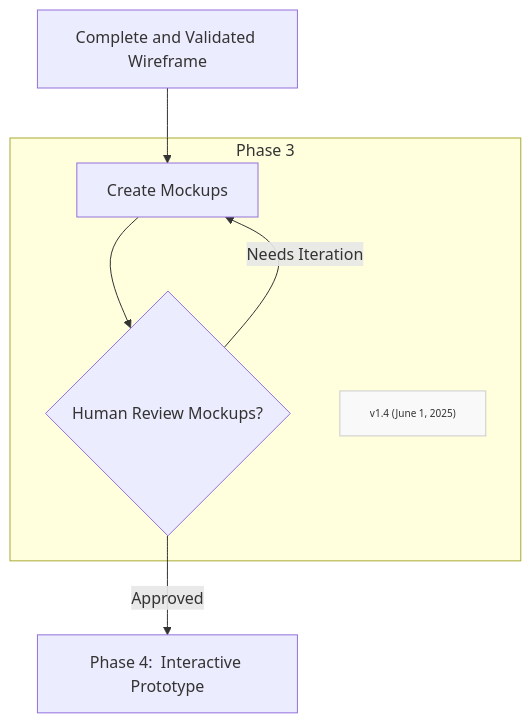
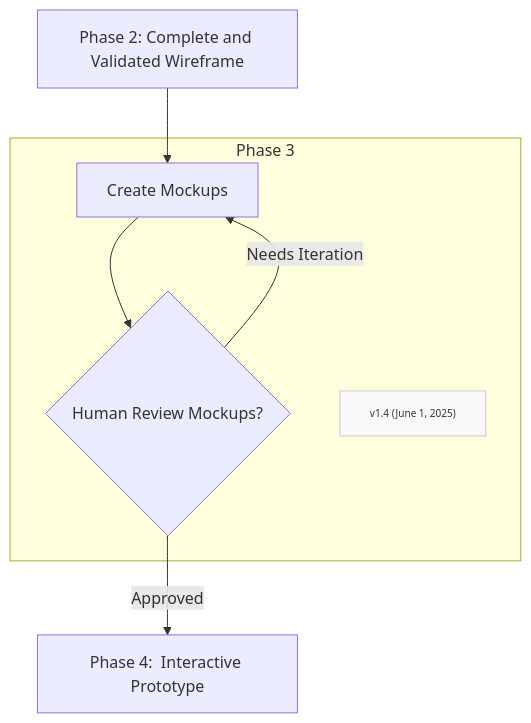
Before and after one commit to Mharbulous/Front-First-Method: the diagram in Method/FF-phase3.md, drawn with Mermaid. The commit also changed 2 other files, not shown here.

Commit message:
Refined diagrams

````diff
--- a/Method/FF-phase3.md
+++ b/Method/FF-phase3.md
@@ -2,19 +2,19 @@
 ```mermaid
 graph TD
     
-B1["Complete and Validated Wireframe"] --> B2["Create Mockups"]
+B1["Phase 2: Complete and Validated Wireframe"] --> B2["Create Mockups"]
 
         subgraph Phase3["Phase 3"]
         B2 --> B2_Val{"Human Review Mockups?"}
         B2_Val -->|Needs Iteration| B2
         Version["v1.4 (June 1, 2025)"]
         classDef version fill:#f9f9f9,stroke:#ccc,font-size:10px
         class Version version
         
     end
 
 B2_Val -->|Approved| B3["Phase 4:  Interactive Prototype"]
 
 
 
 ```
````
